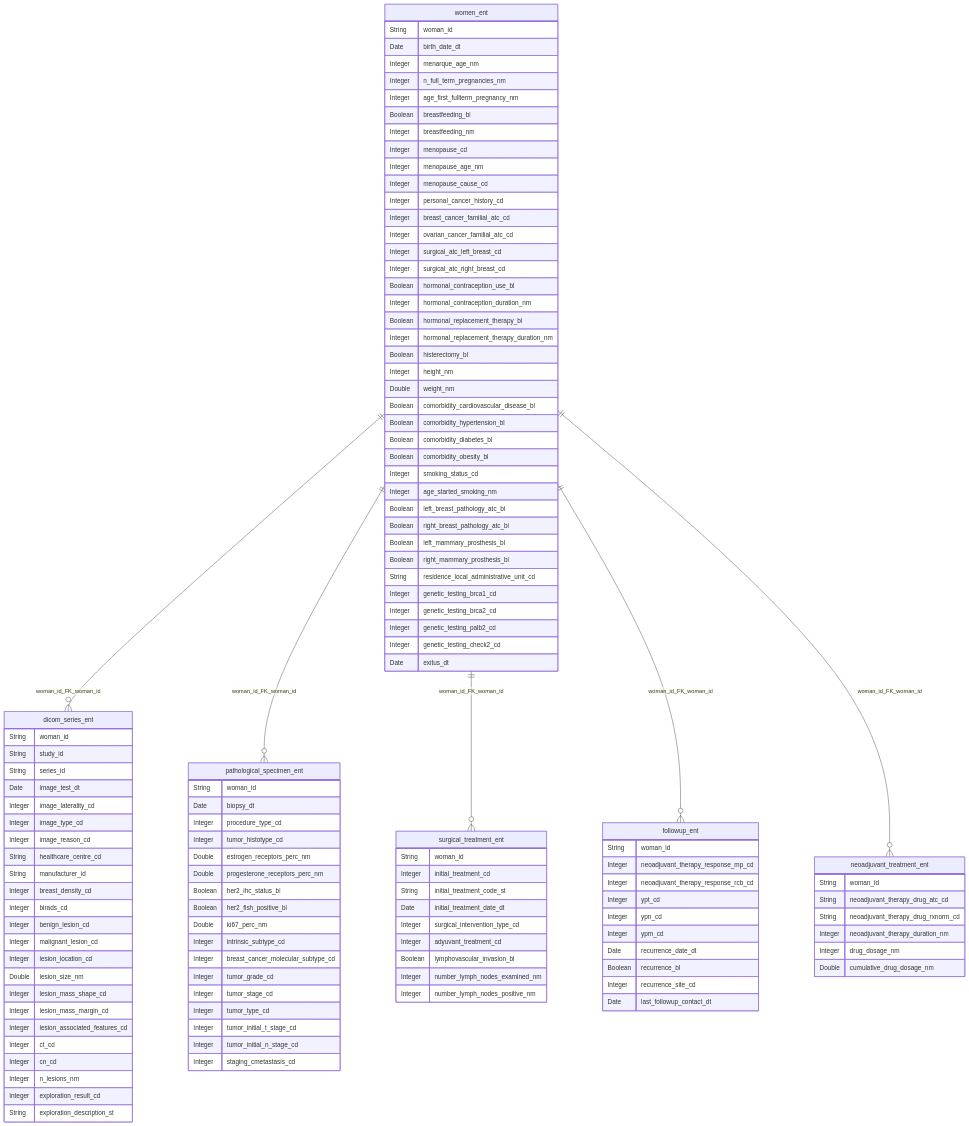
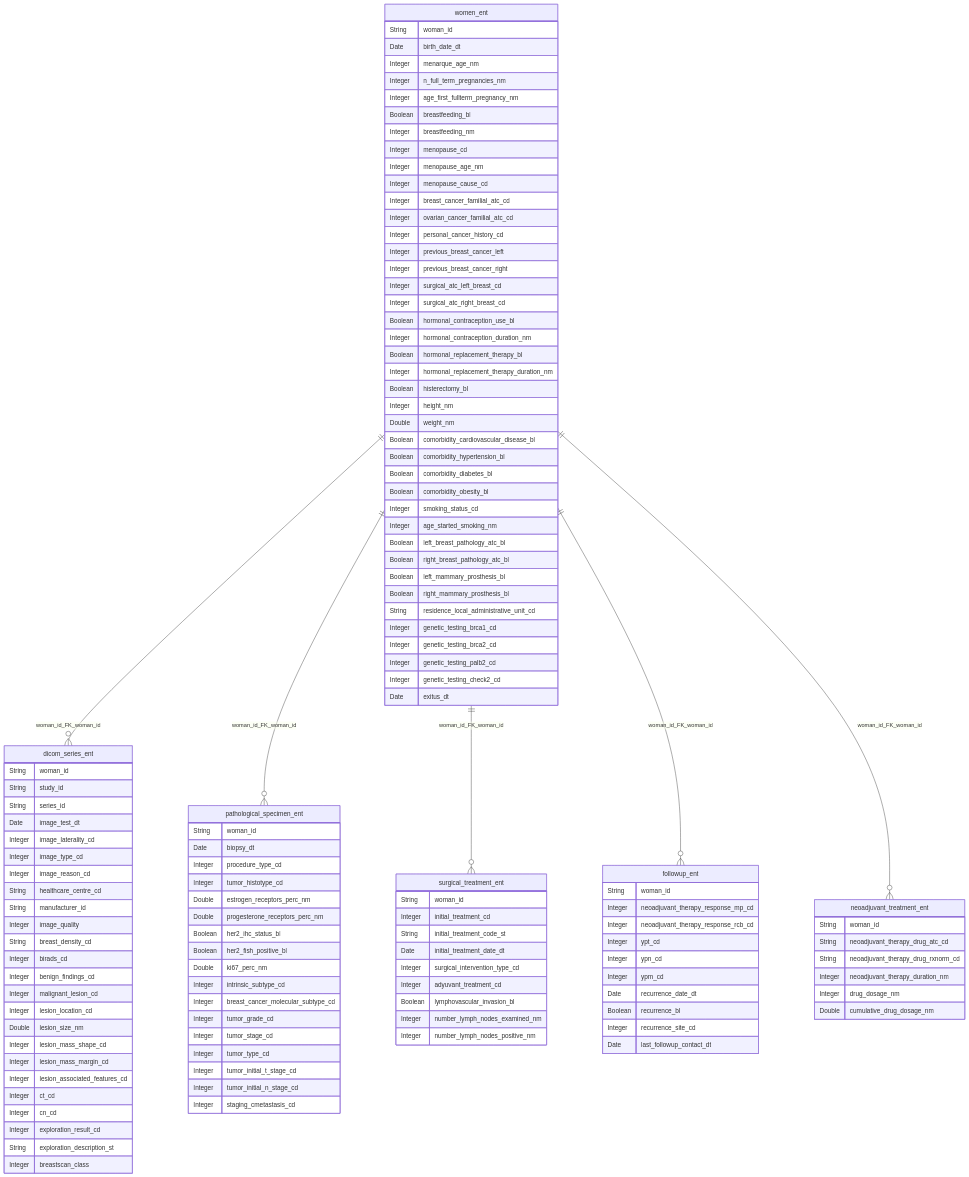
Before and after one commit to BreastSCan/Common-Data-Model: the diagram in docs/CDM/ER.mmd, drawn with Mermaid. The commit also changed 19 other files, not shown here.

```diff
--- a/docs/CDM/ER.mmd
+++ b/docs/CDM/ER.mmd
@@ -1,121 +1,124 @@
 erDiagram
   women_ent {
     String woman_id
     Date birth_date_dt
     Integer menarque_age_nm
     Integer n_full_term_pregnancies_nm
     Integer age_first_fullterm_pregnancy_nm
     Boolean breastfeeding_bl
     Integer breastfeeding_nm
     Integer menopause_cd
     Integer menopause_age_nm
     Integer menopause_cause_cd
-    Integer personal_cancer_history_cd
     Integer breast_cancer_familial_atc_cd
     Integer ovarian_cancer_familial_atc_cd
+    Integer personal_cancer_history_cd
+    Integer previous_breast_cancer_left
+    Integer previous_breast_cancer_right
     Integer surgical_atc_left_breast_cd
     Integer surgical_atc_right_breast_cd
     Boolean hormonal_contraception_use_bl
     Integer hormonal_contraception_duration_nm
     Boolean hormonal_replacement_therapy_bl
     Integer hormonal_replacement_therapy_duration_nm
     Boolean histerectomy_bl
     Integer height_nm
     Double weight_nm
     Boolean comorbidity_cardiovascular_disease_bl
     Boolean comorbidity_hypertension_bl
     Boolean comorbidity_diabetes_bl
     Boolean comorbidity_obesity_bl
     Integer smoking_status_cd
     Integer age_started_smoking_nm
     Boolean left_breast_pathology_atc_bl
     Boolean right_breast_pathology_atc_bl
     Boolean left_mammary_prosthesis_bl
     Boolean right_mammary_prosthesis_bl
     String residence_local_administrative_unit_cd
     Integer genetic_testing_brca1_cd
     Integer genetic_testing_brca2_cd
     Integer genetic_testing_palb2_cd
     Integer genetic_testing_check2_cd
     Date exitus_dt
   }
   dicom_series_ent {
     String woman_id
     String study_id
     String series_id
     Date image_test_dt
     Integer image_laterality_cd
     Integer image_type_cd
     Integer image_reason_cd
     String healthcare_centre_cd
     String manufacturer_id
-    Integer breast_density_cd
+    Integer image_quality
+    String breast_density_cd
     Integer birads_cd
-    Integer benign_lesion_cd
+    Integer benign_findings_cd
     Integer malignant_lesion_cd
     Integer lesion_location_cd
     Double lesion_size_nm
     Integer lesion_mass_shape_cd
     Integer lesion_mass_margin_cd
     Integer lesion_associated_features_cd
     Integer ct_cd
     Integer cn_cd
-    Integer n_lesions_nm
     Integer exploration_result_cd
     String exploration_description_st
+    Integer breastscan_class
   }
   surgical_treatment_ent {
     String woman_id
     Integer initial_treatment_cd
     String initial_treatment_code_st
     Date initial_treatment_date_dt
     Integer surgical_intervention_type_cd
     Integer adyuvant_treatment_cd
     Boolean lymphovascular_invasion_bl
     Integer number_lymph_nodes_examined_nm
     Integer number_lymph_nodes_positive_nm
   }
   pathological_specimen_ent {
     String woman_id
     Date biopsy_dt
     Integer procedure_type_cd
     Integer tumor_histotype_cd
     Double estrogen_receptors_perc_nm
     Double progesterone_receptors_perc_nm
     Boolean her2_ihc_status_bl
     Boolean her2_fish_positive_bl
     Double ki67_perc_nm
     Integer intrinsic_subtype_cd
     Integer breast_cancer_molecular_subtype_cd
     Integer tumor_grade_cd
     Integer tumor_stage_cd
     Integer tumor_type_cd
     Integer tumor_initial_t_stage_cd
     Integer tumor_initial_n_stage_cd
     Integer staging_cmetastasis_cd
   }
   neoadjuvant_treatment_ent {
     String woman_id
     String neoadjuvant_therapy_drug_atc_cd
     String neoadjuvant_therapy_drug_rxnorm_cd
     Integer neoadjuvant_therapy_duration_nm
     Integer drug_dosage_nm
     Double cumulative_drug_dosage_nm
   }
   followup_ent {
     String woman_id
     Integer neoadjuvant_therapy_response_mp_cd
     Integer neoadjuvant_therapy_response_rcb_cd
     Integer ypt_cd
     Integer ypn_cd
     Integer ypm_cd
     Date recurrence_date_dt
     Boolean recurrence_bl
     Integer recurrence_site_cd
     Date last_followup_contact_dt
   }
   women_ent ||--o{ dicom_series_ent : "woman_id_FK_woman_id"
   women_ent ||--o{ pathological_specimen_ent : "woman_id_FK_woman_id"
   women_ent ||--o{ surgical_treatment_ent : "woman_id_FK_woman_id"
   women_ent ||--o{ followup_ent : "woman_id_FK_woman_id"
   women_ent ||--o{ neoadjuvant_treatment_ent : "woman_id_FK_woman_id"
```
